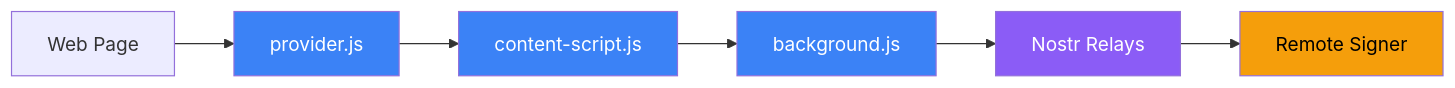
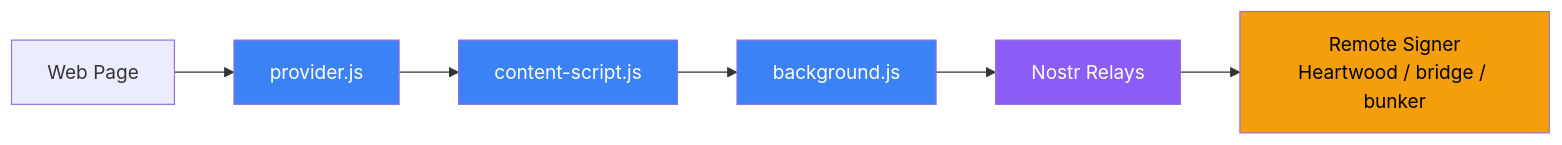
The first of 2 diagrams in ARCHITECTURE.md (forgesworn/bark), drawn with Mermaid before and after one commit. The commit also changed other lines of this file and 28 other files, not shown here.

````diff
--- a/ARCHITECTURE.md
+++ b/ARCHITECTURE.md
@@ -11,14 +14,14 @@
 ```mermaid
 graph LR
     WA["Web Page"] --> P["provider.js"]
     P --> CS["content-script.js"]
     CS --> BG["background.js"]
     BG --> R["Nostr Relays"]
-    R --> HW["Remote Signer"]
+    R --> HW["Remote Signer<br/>Heartwood / bridge / bunker"]
 
     style P fill:#3b82f6,color:#fff
     style CS fill:#3b82f6,color:#fff
     style BG fill:#3b82f6,color:#fff
     style R fill:#8b5cf6,color:#fff
     style HW fill:#f59e0b,color:#000
 ```
````
